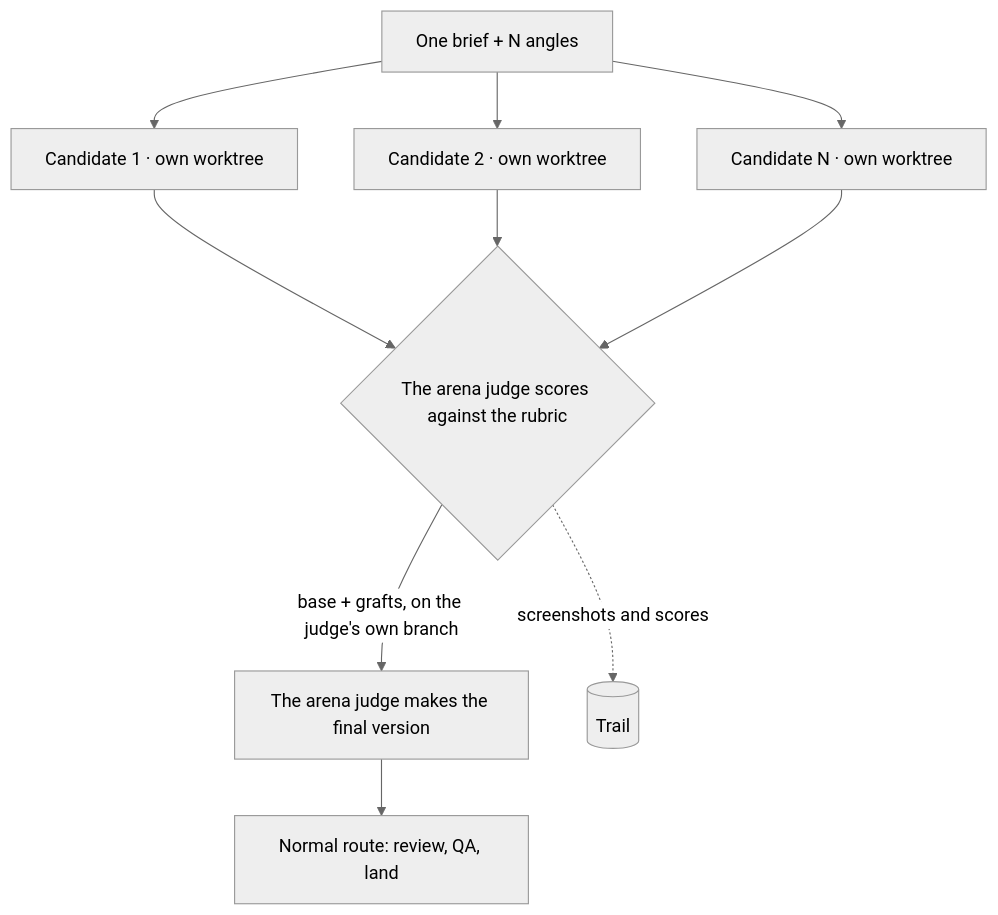
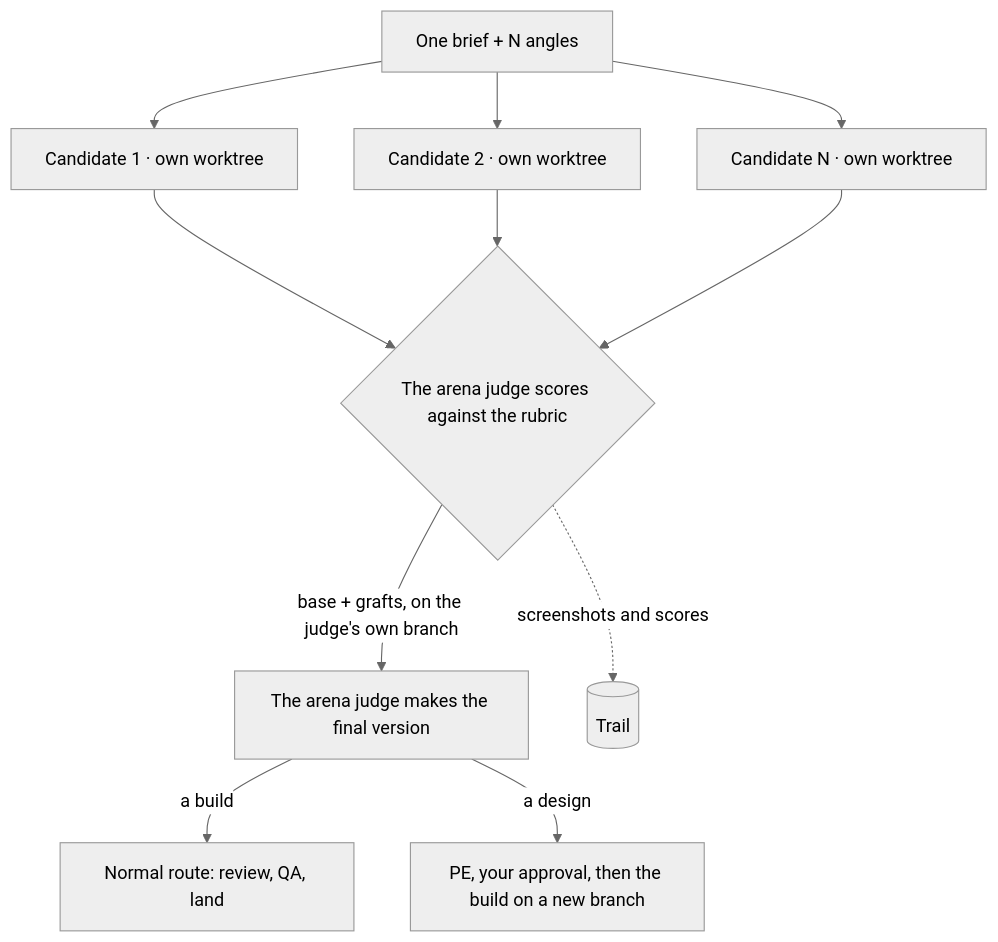
Before and after one commit to erickb336/sage: the third of 6 diagrams in docs/design/sage-mode.md, drawn with Mermaid (neutral theme). The commit also changed other lines of this file and 20 other files, not shown here.

````diff
--- a/docs/design/sage-mode.md
+++ b/docs/design/sage-mode.md
@@ -166,12 +168,13 @@
 ```mermaid
 flowchart TB
   B["One brief + N angles"] --> C1["Candidate 1 · own worktree"]
   B --> C2["Candidate 2 · own worktree"]
   B --> C3["Candidate N · own worktree"]
   C1 --> J{"The arena judge scores against the rubric"}
   C2 --> J
   C3 --> J
   J -->|"base + grafts, on the judge's own branch"| G["The arena judge makes the final version"]
-  G --> N["Normal route: review, QA, land"]
+  G -->|"a build"| N["Normal route: review, QA, land"]
+  G -->|"a design"| P["PE, your approval, then the build on a new branch"]
   J -.->|"screenshots and scores"| T[("Trail")]
 ```
````
